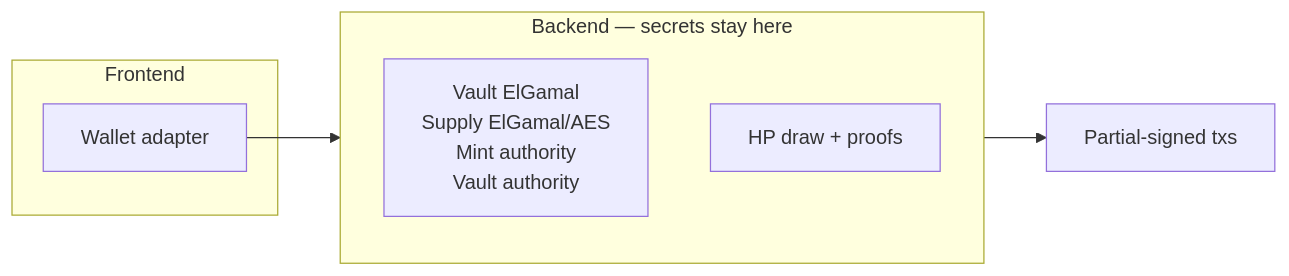
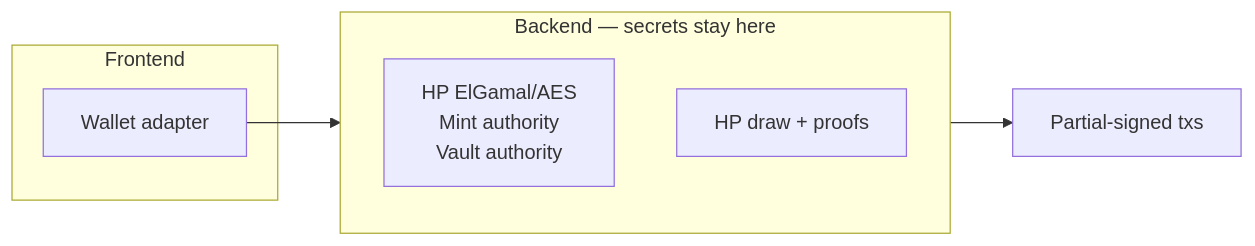
The first of 3 diagrams in docs/arbiter.md (kilogold/confidential-pinata), drawn with Mermaid before and after one commit. The commit also changed other lines of this file and 6 other files, not shown here.

First line of the commit message:
Record that HP vault and mint supply share one ElGamal pubkey.

````diff
--- a/docs/arbiter.md
+++ b/docs/arbiter.md
@@ -11,12 +11,12 @@
 ```mermaid
 flowchart LR
   subgraph backend [Backend — secrets stay here]
-    keys[Vault ElGamal<br/>Supply ElGamal/AES<br/>Mint authority<br/>Vault authority]
+    keys[HP ElGamal/AES<br/>Mint authority<br/>Vault authority]
     draw[HP draw + proofs]
   end
   subgraph frontend [Frontend]
     ui[Wallet adapter]
   end
   ui --> backend
   backend --> tx[Partial-signed txs]
 ```
````
